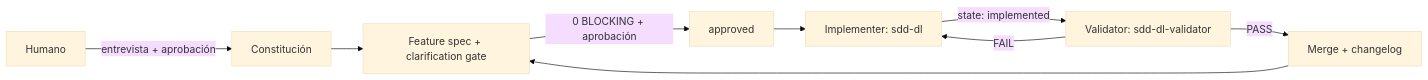
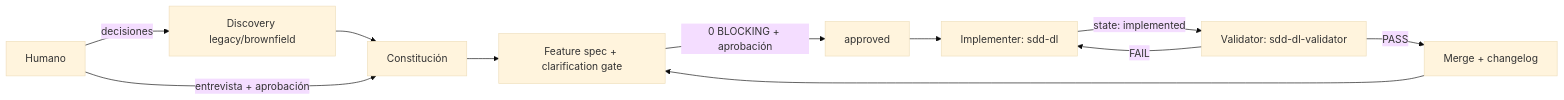
Before and after one commit to Ariel-GonzAguer/skills-and-agents: the diagram in agents/sdd-agent-dl/README.md, drawn with Mermaid (base theme). The commit also changed other lines of this file and 40 other files, not shown here.

````diff
--- a/agents/sdd-agent-dl/README.md
+++ b/agents/sdd-agent-dl/README.md
@@ -17,11 +17,13 @@
 ```mermaid
 flowchart LR
-    H[Humano] -->|entrevista + aprobación| C[Constitución]
+    H[Humano] -->|decisiones| D[Discovery legacy/brownfield]
+    D --> C[Constitución]
+    H -->|entrevista + aprobación| C
     C --> S[Feature spec + clarification gate]
     S -->|0 BLOCKING + aprobación| A[approved]
     A --> I[Implementer: sdd-dl]
     I -->|state: implemented| V[Validator: sdd-dl-validator]
     V -->|FAIL| I
     V -->|PASS| M[Merge + changelog]
     M --> S
 ```
````
